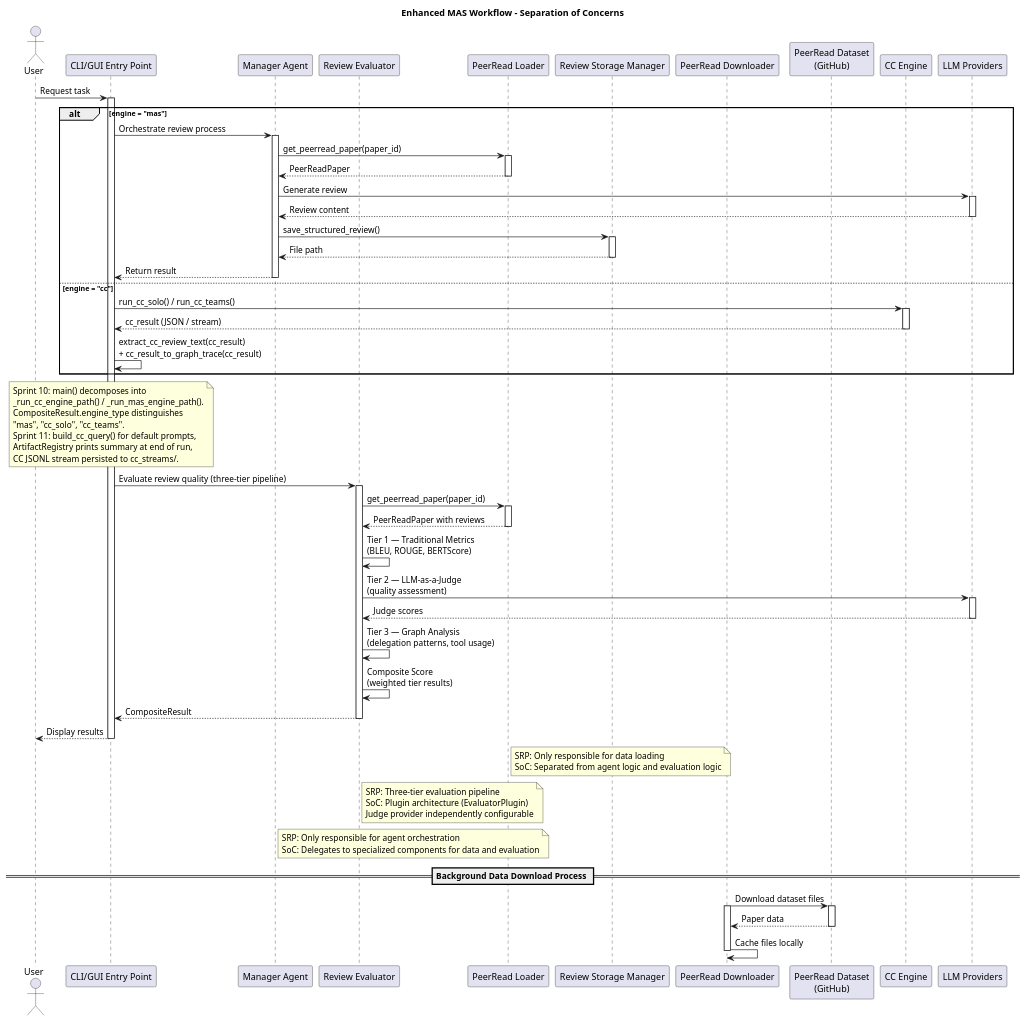
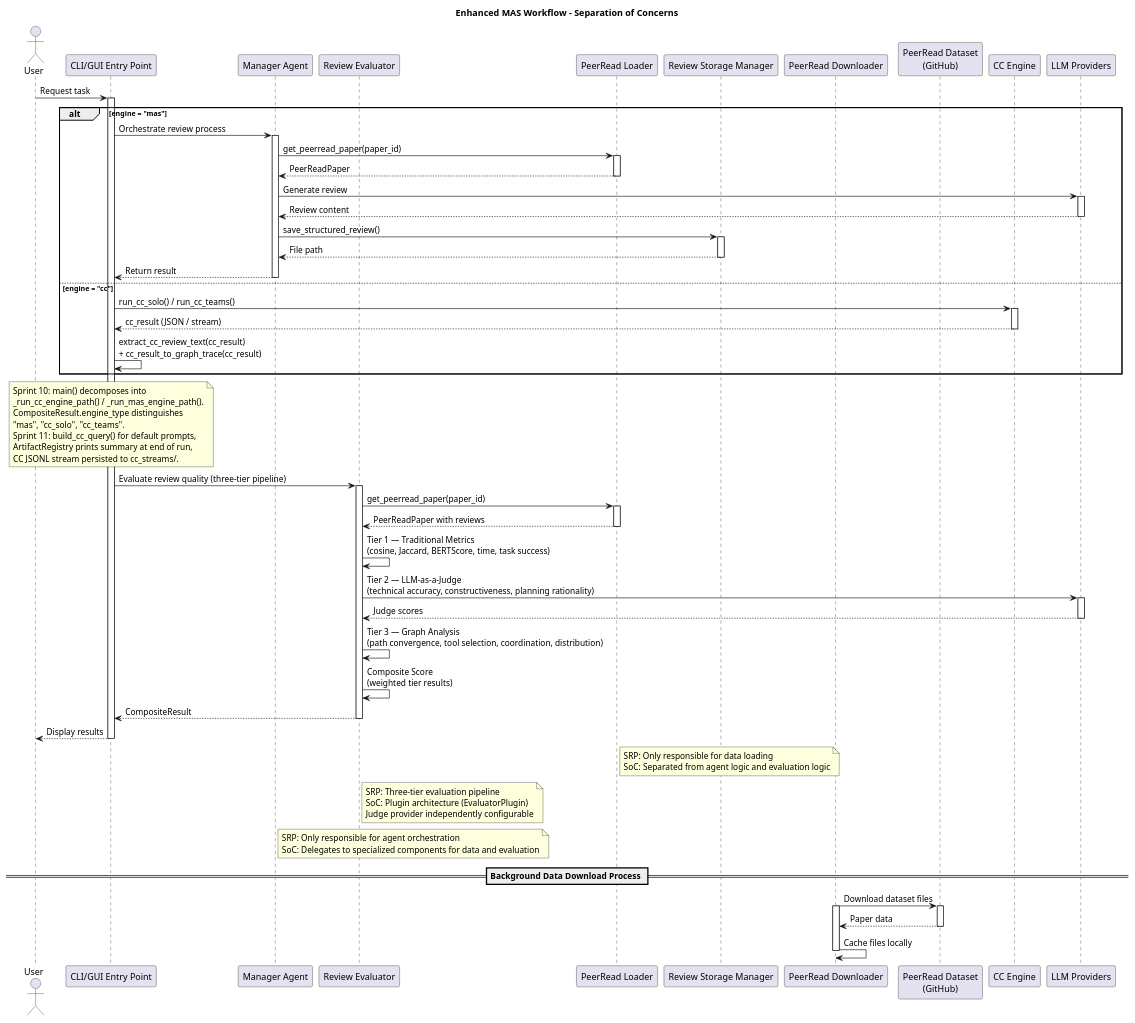
One commit to qte77/Agents-eval changed the diagram in docs/arch_vis/mas-enhanced-workflow.plantuml. Above: the diagram before and after it, drawn with PlantUML. The commit also changed 206 other files, not shown here.

```diff
--- a/docs/arch_vis/mas-enhanced-workflow.plantuml
+++ b/docs/arch_vis/mas-enhanced-workflow.plantuml
@@ -1,109 +1,109 @@
 @startuml mas-enhanced-workflow
 title Enhanced MAS Workflow - Separation of Concerns
 
 actor User
 participant "CLI/GUI Entry Point" as MainApp
 participant "Manager Agent" as Manager
 participant "Review Evaluator" as Evaluator
 participant "PeerRead Loader" as Loader
 participant "Review Storage Manager" as Storage
 participant "PeerRead Downloader" as Downloader
 participant "PeerRead Dataset\n(GitHub)" as ExternalDataset
 participant "CC Engine" as CCEngine
 participant "LLM Providers" as LLM
 
 User -> MainApp: Request task
 activate MainApp
 
 alt engine = "mas"
 
     MainApp -> Manager: Orchestrate review process
     activate Manager
 
     Manager -> Loader: get_peerread_paper(paper_id)
     activate Loader
     Loader --> Manager: PeerReadPaper
     deactivate Loader
 
     Manager -> LLM: Generate review
     activate LLM
     LLM --> Manager: Review content
     deactivate LLM
 
     Manager -> Storage: save_structured_review()
     activate Storage
     Storage --> Manager: File path
     deactivate Storage
 
     Manager --> MainApp: Return result
     deactivate Manager
 
 else engine = "cc"
 
     MainApp -> CCEngine: run_cc_solo() / run_cc_teams()
     activate CCEngine
     CCEngine --> MainApp: cc_result (JSON / stream)
     deactivate CCEngine
     MainApp -> MainApp: extract_cc_review_text(cc_result)\n+ cc_result_to_graph_trace(cc_result)
 
 end
 
 note over MainApp
   Sprint 10: main() decomposes into
   _run_cc_engine_path() / _run_mas_engine_path().
   CompositeResult.engine_type distinguishes
   "mas", "cc_solo", "cc_teams".
   Sprint 11: build_cc_query() for default prompts,
   ArtifactRegistry prints summary at end of run,
   CC JSONL stream persisted to cc_streams/.
 end note
 
 MainApp -> Evaluator: Evaluate review quality (three-tier pipeline)
 activate Evaluator
 
 Evaluator -> Loader: get_peerread_paper(paper_id)
 activate Loader
 Loader --> Evaluator: PeerReadPaper with reviews
 deactivate Loader
 
-Evaluator -> Evaluator: Tier 1 — Traditional Metrics\n(BLEU, ROUGE, BERTScore)
-Evaluator -> LLM: Tier 2 — LLM-as-a-Judge\n(quality assessment)
+Evaluator -> Evaluator: Tier 1 — Traditional Metrics\n(cosine, Jaccard, BERTScore, time, task success)
+Evaluator -> LLM: Tier 2 — LLM-as-a-Judge\n(technical accuracy, constructiveness, planning rationality)
 activate LLM
 LLM --> Evaluator: Judge scores
 deactivate LLM
-Evaluator -> Evaluator: Tier 3 — Graph Analysis\n(delegation patterns, tool usage)
+Evaluator -> Evaluator: Tier 3 — Graph Analysis\n(path convergence, tool selection, coordination, distribution)
 Evaluator -> Evaluator: Composite Score\n(weighted tier results)
 
 Evaluator --> MainApp: CompositeResult
 deactivate Evaluator
 
 MainApp --> User: Display results
 deactivate MainApp
 
 note right of Loader
   SRP: Only responsible for data loading
   SoC: Separated from agent logic and evaluation logic
 end note
 
 note right of Evaluator
   SRP: Three-tier evaluation pipeline
   SoC: Plugin architecture (EvaluatorPlugin)
   Judge provider independently configurable
 end note
 
 note right of Manager
   SRP: Only responsible for agent orchestration
   SoC: Delegates to specialized components for data and evaluation
 end note
 
 == Background Data Download Process ==
 
 Downloader -> ExternalDataset: Download dataset files
 activate Downloader
 activate ExternalDataset
 ExternalDataset --> Downloader: Paper data
 deactivate ExternalDataset
 Downloader -> Downloader: Cache files locally
 deactivate Downloader
 
 @enduml
```
